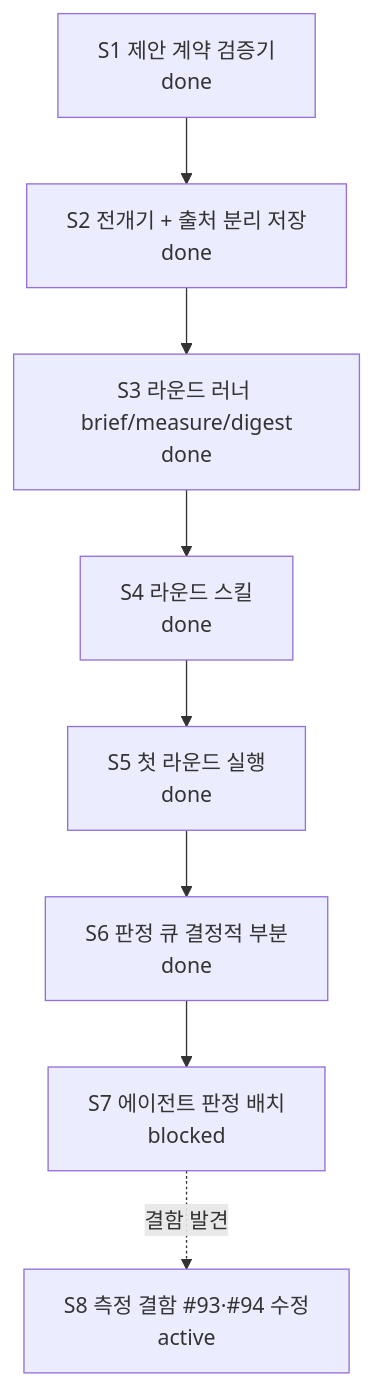
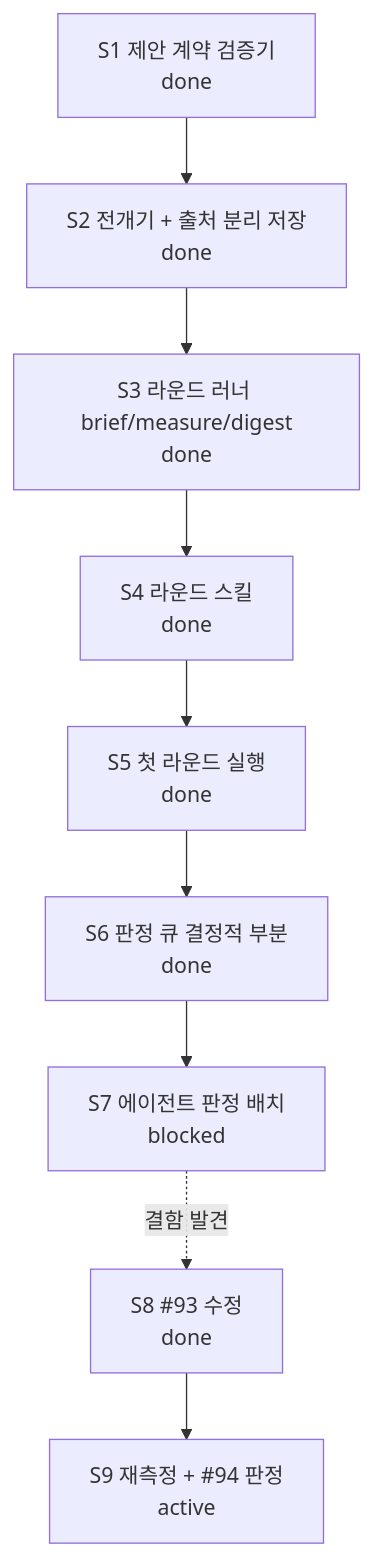
One commit to skerfolg/poe2-ai-wiki changed the diagram in docs/CURRENT-PLAN.md. Above: the diagram before and after it, drawn with Mermaid. The commit also changed other lines of this file and 4 other files, not shown here.

````diff
--- a/docs/CURRENT-PLAN.md
+++ b/docs/CURRENT-PLAN.md
@@ -23,13 +23,14 @@
 ```mermaid
 flowchart TD
   CONTRACT[S1 제안 계약 검증기<br/>done]
   FLOW[S2 전개기 + 출처 분리 저장<br/>done]
   ROUND[S3 라운드 러너 brief/measure/digest<br/>done]
   SKILL[S4 라운드 스킬<br/>done]
   FIRST[S5 첫 라운드 실행<br/>done]
   NECESS[S6 판정 큐 결정적 부분<br/>done]
   JUDGE[S7 에이전트 판정 배치<br/>blocked]
-  FIX[S8 측정 결함 #93·#94 수정<br/>active]
+  FIX[S8 #93 수정<br/>done]
+  REMEAS[S9 재측정 + #94 판정<br/>active]
   CONTRACT --> FLOW --> ROUND --> SKILL --> FIRST --> NECESS --> JUDGE
-  JUDGE -. 결함 발견 .-> FIX
+  JUDGE -. 결함 발견 .-> FIX --> REMEAS
 ```
````
